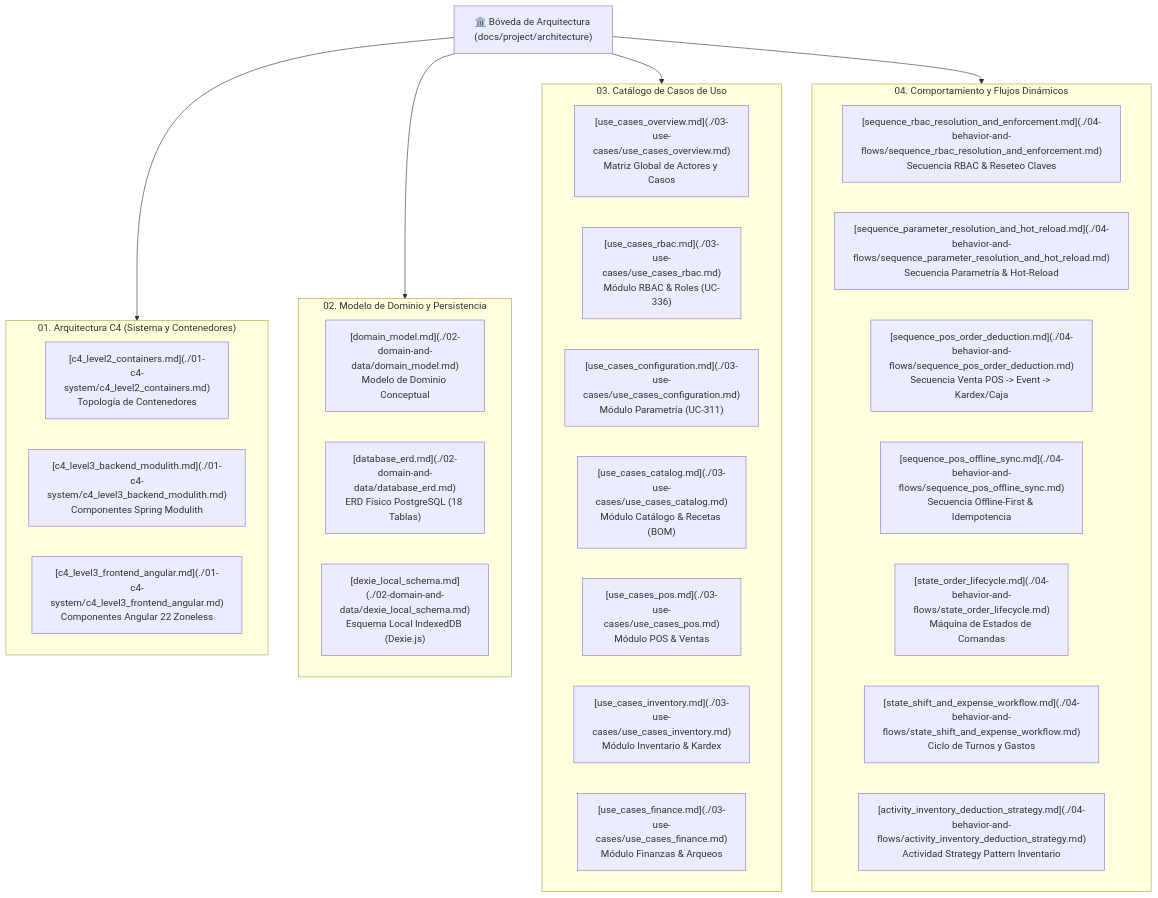
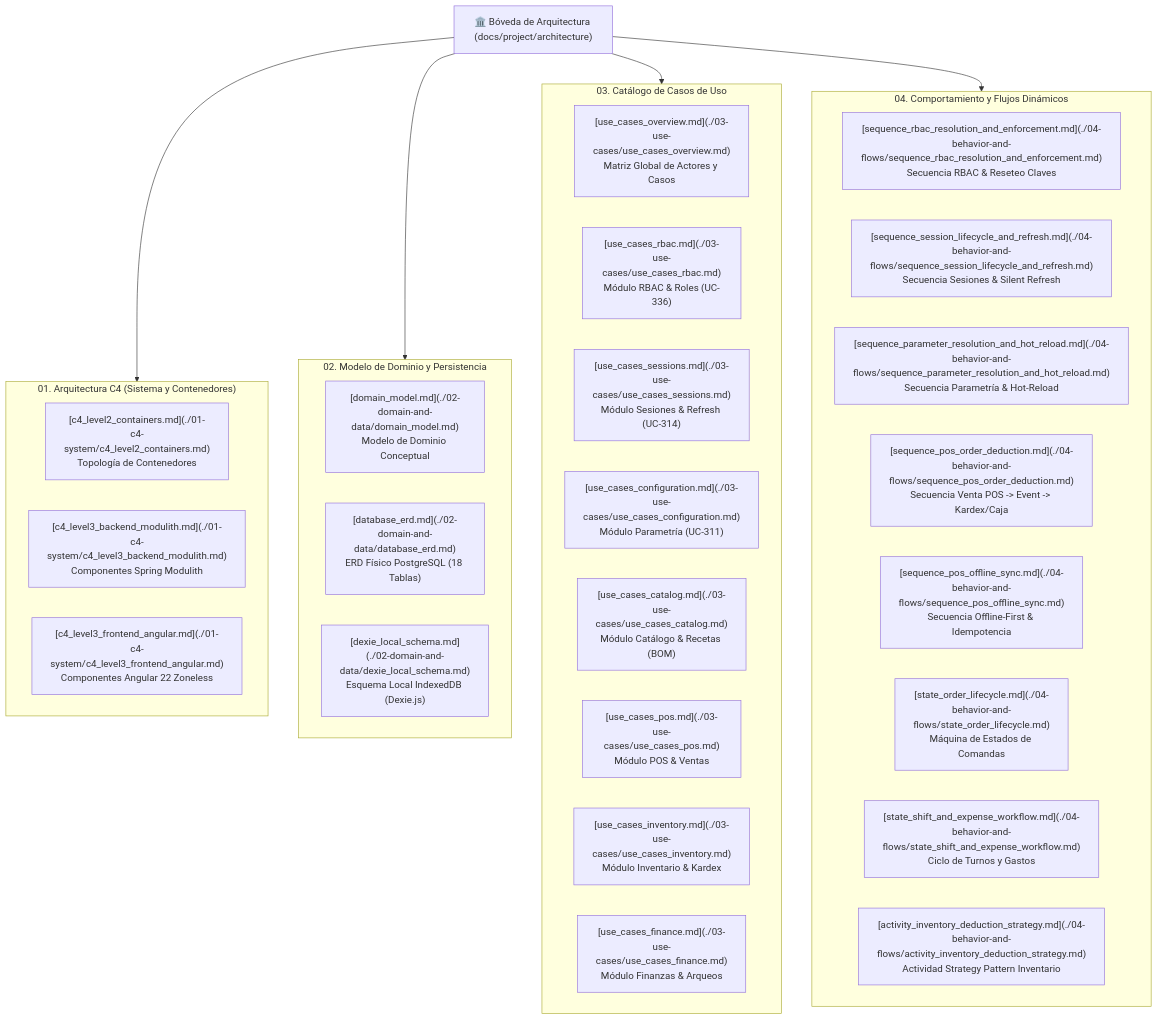
Before and after one commit to vakajose/gestion-restaurante: the diagram in docs/project/architecture/README.md, drawn with Mermaid. The commit also changed other lines of this file and 16 other files, not shown here.

Commit message:
docs(architecture): formalizar especificacion y diagramas de silent refresh y sesiones (TASK-314)

````diff
--- a/docs/project/architecture/README.md
+++ b/docs/project/architecture/README.md
@@ -30,41 +30,43 @@
 ```mermaid
 graph TD
     Root["🏛️ Bóveda de Arquitectura (docs/project/architecture)"]
 
     subgraph SecC4["01. Arquitectura C4 (Sistema y Contenedores)"]
         C4_Cont["[c4_level2_containers.md](./01-c4-system/c4_level2_containers.md)<br/>Topología de Contenedores"]
         C4_Back["[c4_level3_backend_modulith.md](./01-c4-system/c4_level3_backend_modulith.md)<br/>Componentes Spring Modulith"]
         C4_Front["[c4_level3_frontend_angular.md](./01-c4-system/c4_level3_frontend_angular.md)<br/>Componentes Angular 22 Zoneless"]
     end
 
     subgraph SecData["02. Modelo de Dominio y Persistencia"]
         Dom_Model["[domain_model.md](./02-domain-and-data/domain_model.md)<br/>Modelo de Dominio Conceptual"]
         DB_ERD["[database_erd.md](./02-domain-and-data/database_erd.md)<br/>ERD Físico PostgreSQL (18 Tablas)"]
         Dexie_Schema["[dexie_local_schema.md](./02-domain-and-data/dexie_local_schema.md)<br/>Esquema Local IndexedDB (Dexie.js)"]
     end
 
     subgraph SecUC["03. Catálogo de Casos de Uso"]
         UC_Over["[use_cases_overview.md](./03-use-cases/use_cases_overview.md)<br/>Matriz Global de Actores y Casos"]
         UC_RBAC["[use_cases_rbac.md](./03-use-cases/use_cases_rbac.md)<br/>Módulo RBAC & Roles (UC-336)"]
+        UC_Sess["[use_cases_sessions.md](./03-use-cases/use_cases_sessions.md)<br/>Módulo Sesiones & Refresh (UC-314)"]
         UC_Config["[use_cases_configuration.md](./03-use-cases/use_cases_configuration.md)<br/>Módulo Parametría (UC-311)"]
         UC_Cat["[use_cases_catalog.md](./03-use-cases/use_cases_catalog.md)<br/>Módulo Catálogo & Recetas (BOM)"]
         UC_POS["[use_cases_pos.md](./03-use-cases/use_cases_pos.md)<br/>Módulo POS & Ventas"]
         UC_Inv["[use_cases_inventory.md](./03-use-cases/use_cases_inventory.md)<br/>Módulo Inventario & Kardex"]
         UC_Fin["[use_cases_finance.md](./03-use-cases/use_cases_finance.md)<br/>Módulo Finanzas & Arqueos"]
     end
 
     subgraph SecBeh["04. Comportamiento y Flujos Dinámicos"]
         Seq_RBAC["[sequence_rbac_resolution_and_enforcement.md](./04-behavior-and-flows/sequence_rbac_resolution_and_enforcement.md)<br/>Secuencia RBAC & Reseteo Claves"]
+        Seq_Sess["[sequence_session_lifecycle_and_refresh.md](./04-behavior-and-flows/sequence_session_lifecycle_and_refresh.md)<br/>Secuencia Sesiones & Silent Refresh"]
         Seq_Param["[sequence_parameter_resolution_and_hot_reload.md](./04-behavior-and-flows/sequence_parameter_resolution_and_hot_reload.md)<br/>Secuencia Parametría & Hot-Reload"]
         Seq_POS_Deduct["[sequence_pos_order_deduction.md](./04-behavior-and-flows/sequence_pos_order_deduction.md)<br/>Secuencia Venta POS -> Event -> Kardex/Caja"]
         Seq_Offline["[sequence_pos_offline_sync.md](./04-behavior-and-flows/sequence_pos_offline_sync.md)<br/>Secuencia Offline-First & Idempotencia"]
         State_Order["[state_order_lifecycle.md](./04-behavior-and-flows/state_order_lifecycle.md)<br/>Máquina de Estados de Comandas"]
         State_Shift["[state_shift_and_expense_workflow.md](./04-behavior-and-flows/state_shift_and_expense_workflow.md)<br/>Ciclo de Turnos y Gastos"]
         Act_Strategy["[activity_inventory_deduction_strategy.md](./04-behavior-and-flows/activity_inventory_deduction_strategy.md)<br/>Actividad Strategy Pattern Inventario"]
     end
 
     Root --> SecC4
     Root --> SecData
     Root --> SecUC
     Root --> SecBeh
 ```
````
